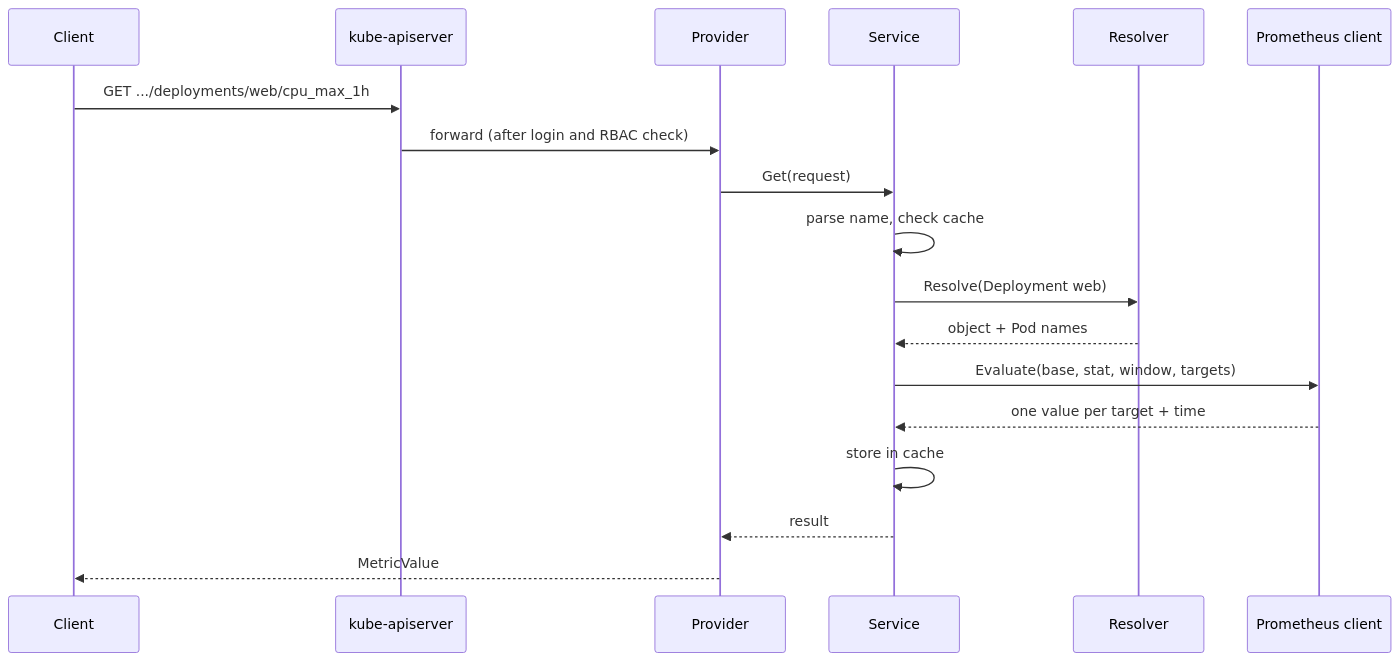
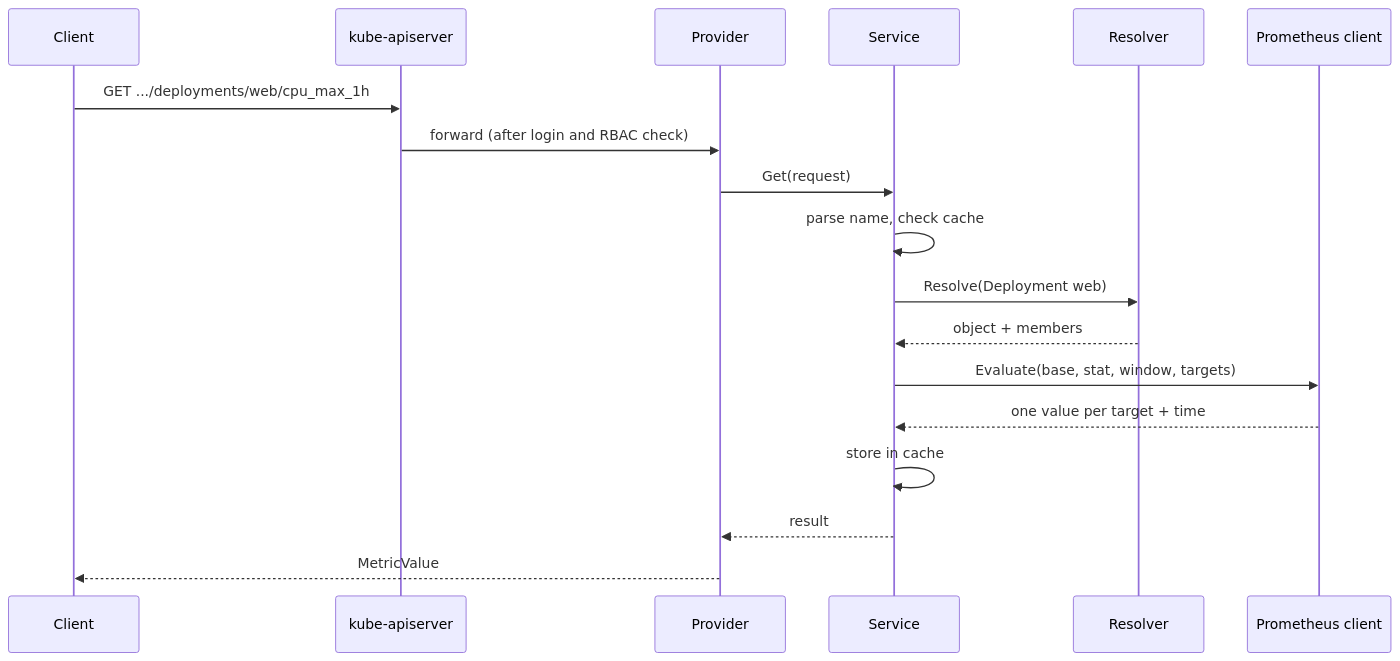
The third of 3 diagrams in docs/architecture.md (sergelogvinov/kubernetes-custom-metrics), drawn with Mermaid before and after one commit. The commit also changed other lines of this file and 21 other files, not shown here.

````diff
--- a/docs/architecture.md
+++ b/docs/architecture.md
@@ -97,21 +103,21 @@
 ```mermaid
 sequenceDiagram
     participant C as Client
     participant K as kube-apiserver
     participant P as Provider
     participant S as Service
     participant R as Resolver
     participant Q as Prometheus client
 
     C->>K: GET .../deployments/web/cpu_max_1h
     K->>P: forward (after login and RBAC check)
     P->>S: Get(request)
     S->>S: parse name, check cache
     S->>R: Resolve(Deployment web)
-    R-->>S: object + Pod names
+    R-->>S: object + members
     S->>Q: Evaluate(base, stat, window, targets)
     Q-->>S: one value per target + time
     S->>S: store in cache
     S-->>P: result
     P-->>C: MetricValue
 ```
````
